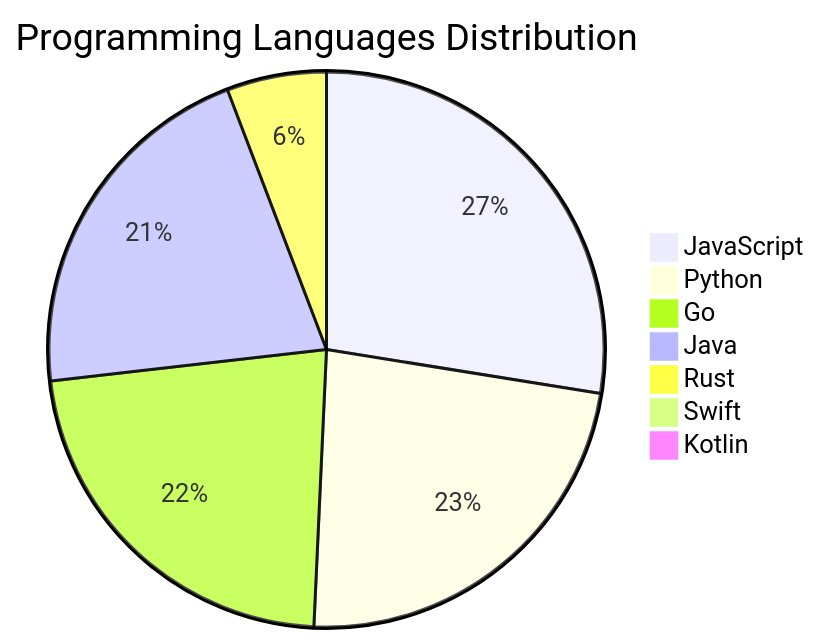
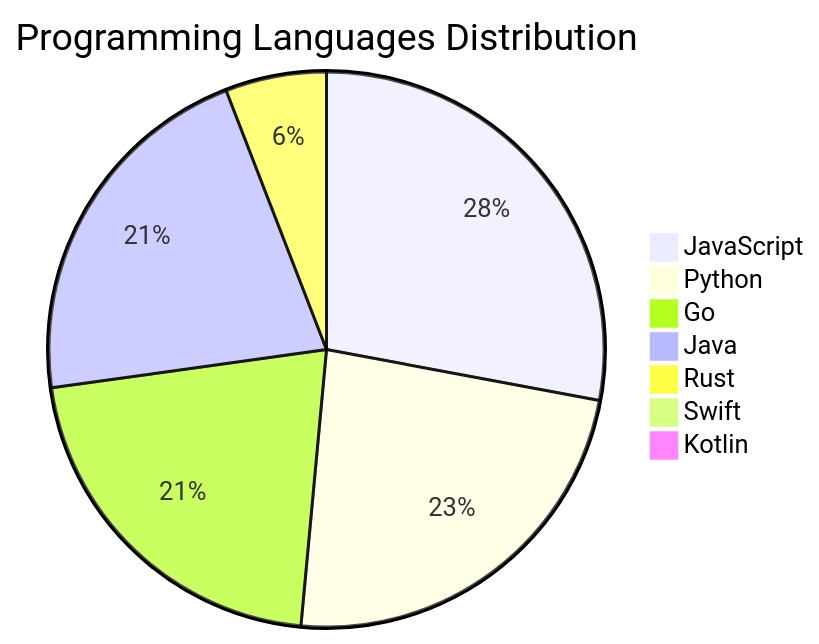
One commit to Derrick-MUGISHA/github-activity-bot changed the diagram in README.md. Above: the diagram before and after it, drawn with Mermaid. The commit also changed other lines of this file and 4 other files, not shown here.

````diff
--- a/README.md
+++ b/README.md
@@ -213,10 +213,10 @@
 ```mermaid
 pie title Programming Languages Distribution
     "JavaScript" : 38
     "Python" : 32
-    "Go" : 31
+    "Go" : 29
     "Java" : 29
     "Rust" : 8
     "Swift" : 1
     "Kotlin" : 1
 ```
````
